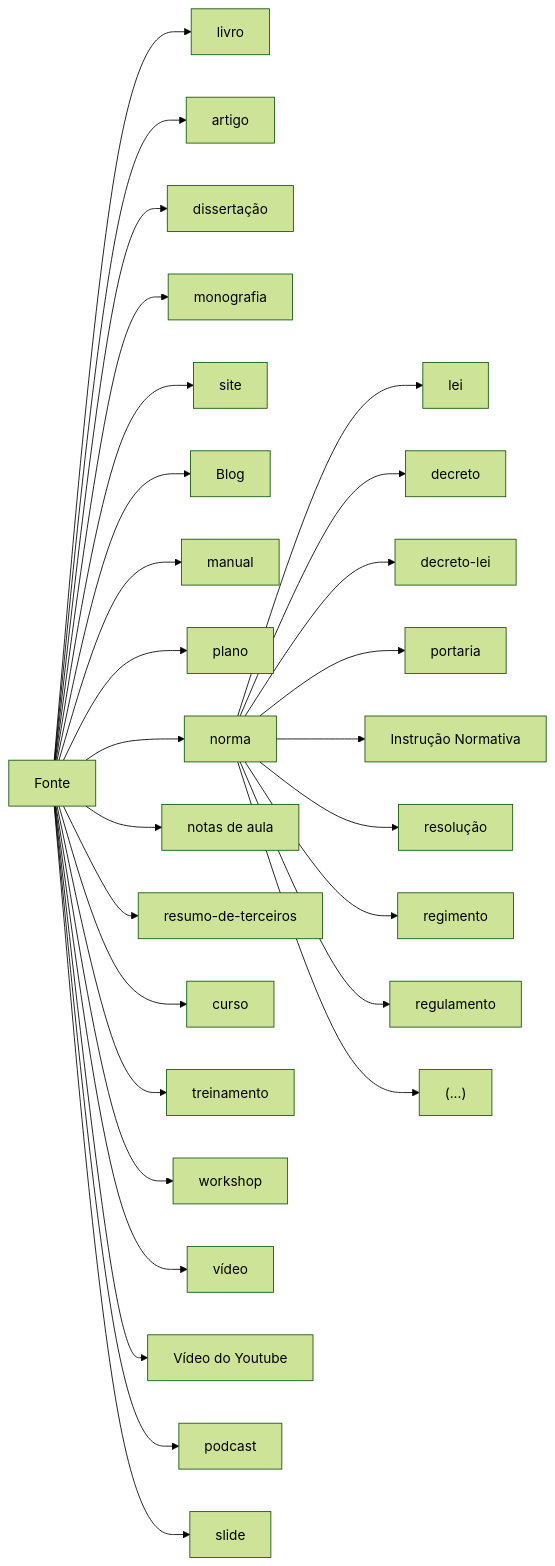
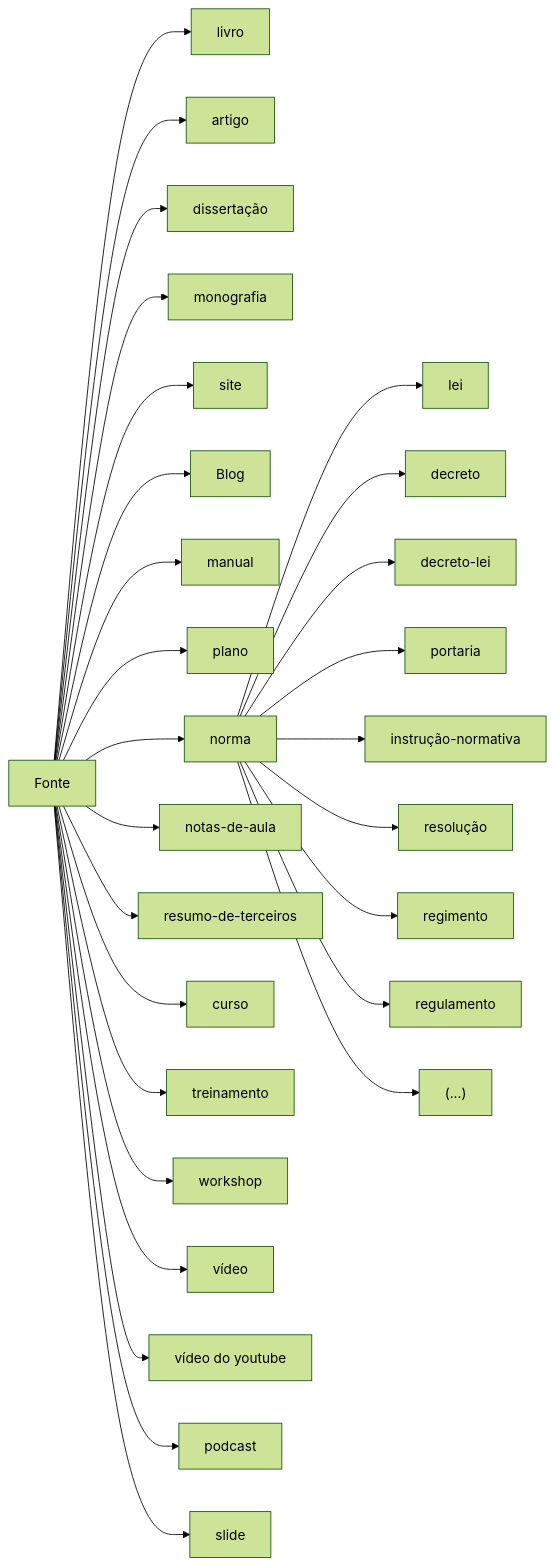
The fourth of 5 diagrams in README.md (dnlclaudino/gestao-do-conhecimento), drawn with Mermaid (forest theme) before and after one commit. The commit also changed other lines of this file, not shown here.

````diff
--- a/README.md
+++ b/README.md
@@ -320,30 +324,30 @@
 ```mermaid
 graph LR;
 F[Fonte]-->L[livro];
 F-->A[artigo];
 F-->D[dissertação];
 F-->M[monografia];
 F-->S[site];
 F-->BLOG[Blog];
 F-->MAN[manual];
 F-->P[plano];
 F-->NOR[norma];
   NOR--> LEI[lei];
   NOR--> DEC[decreto];
   NOR--> DECLEI[decreto-lei];
   NOR-->PORT[portaria];
-  NOR-->IN[Instrução Normativa];
+  NOR-->IN[instrução-normativa];
   NOR--> RES[resolução];
   NOR-->RI[regimento];
   NOR-->REG[regulamento];
   NOR-->RET["(...)"];
-F-->NOT[notas de aula];
+F-->NOT[notas-de-aula];
 F-->R[resumo-de-terceiros];
 F-->C[curso];
 F-->T[treinamento];
 F-->W[workshop];
 F-->V[vídeo];
-F-->Y[Vídeo do Youtube];
+F-->Y[vídeo do youtube];
 F-->POD[podcast];
 F-->SL[slide];
 ```
````
